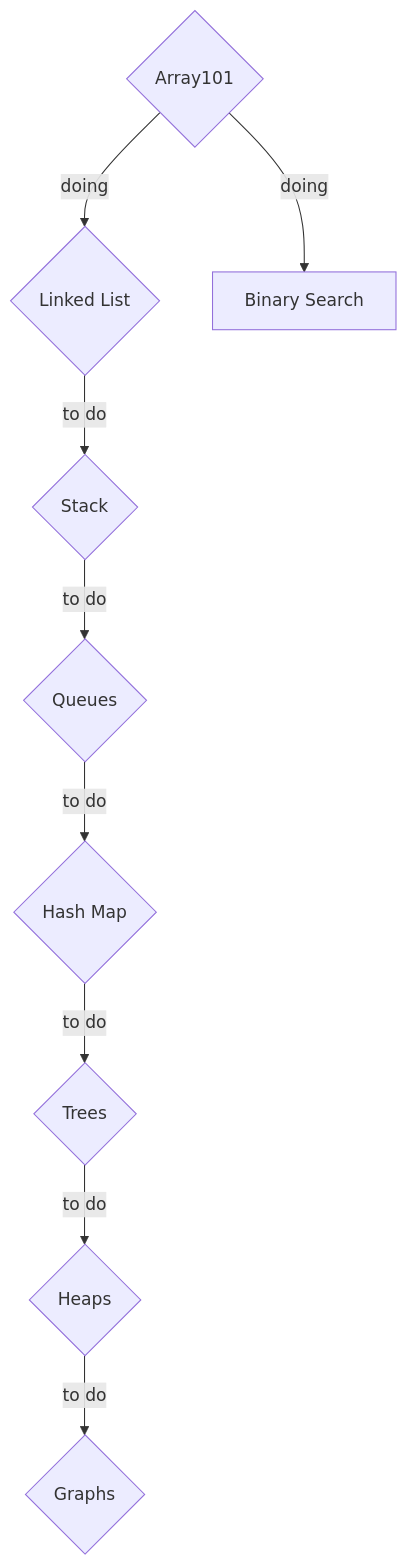
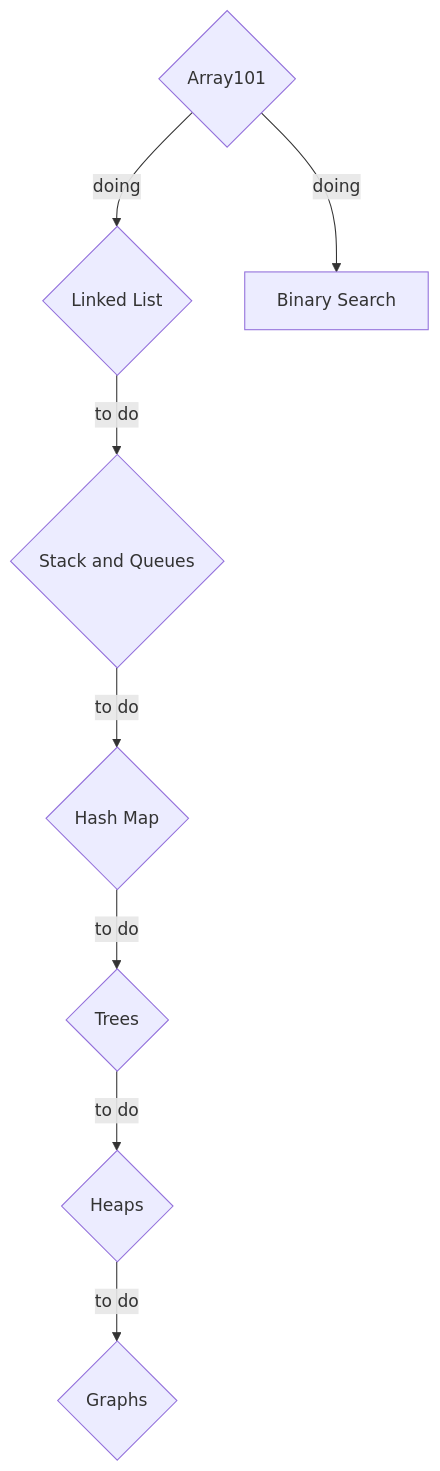
Before and after one commit to tonyngmk/leetcode: the diagram in README.md, drawn with Mermaid. The commit also changed other lines of this file, not shown here.

Commit message:
Update main readme

````diff
--- a/README.md
+++ b/README.md
@@ -16,11 +20,10 @@
 ```mermaid
 graph TB
     ds_arr{Array101} -- doing--> ds_ll{Linked List}
     ds_arr -- doing--> bs[Binary Search]
-    ds_ll -- to do --> ds_stack{Stack}
-    ds_stack -- to do --> ds_queue{Queues}
-    ds_queue -- to do --> ds_hashmap{Hash Map}
+    ds_ll -- to do --> ds_stack{Stack and Queues}
+    ds_stack -- to do --> ds_hashmap{Hash Map}
     ds_hashmap -- to do --> ds_trees{Trees}
     ds_trees -- to do --> ds_heap{Heaps}
     ds_heap -- to do --> gr{Graphs}
 ```
````
